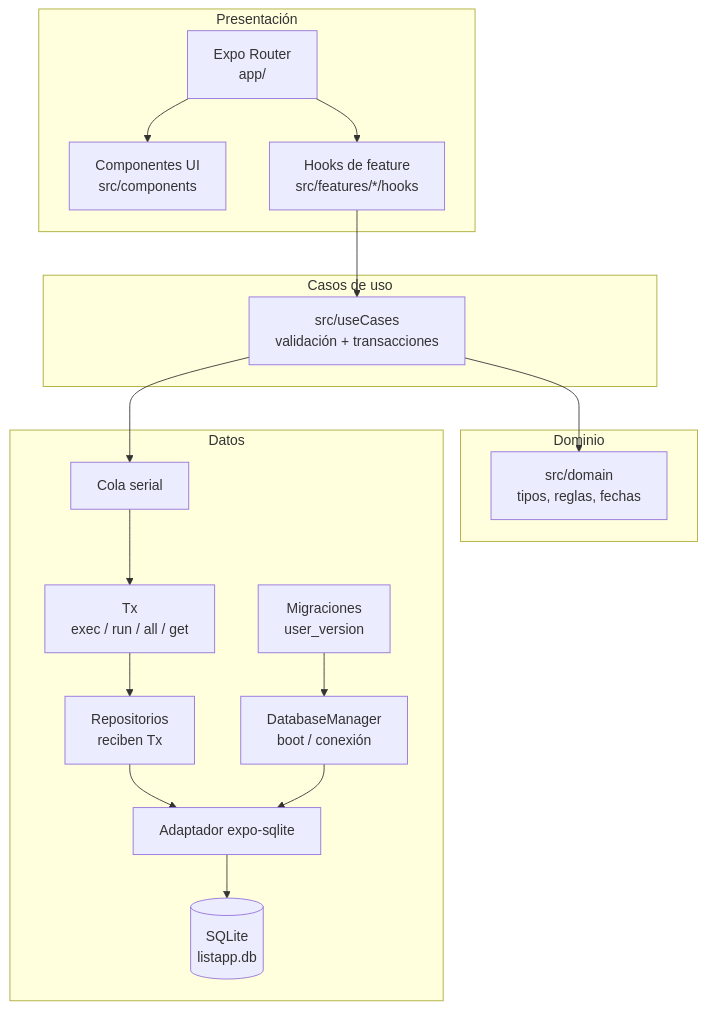
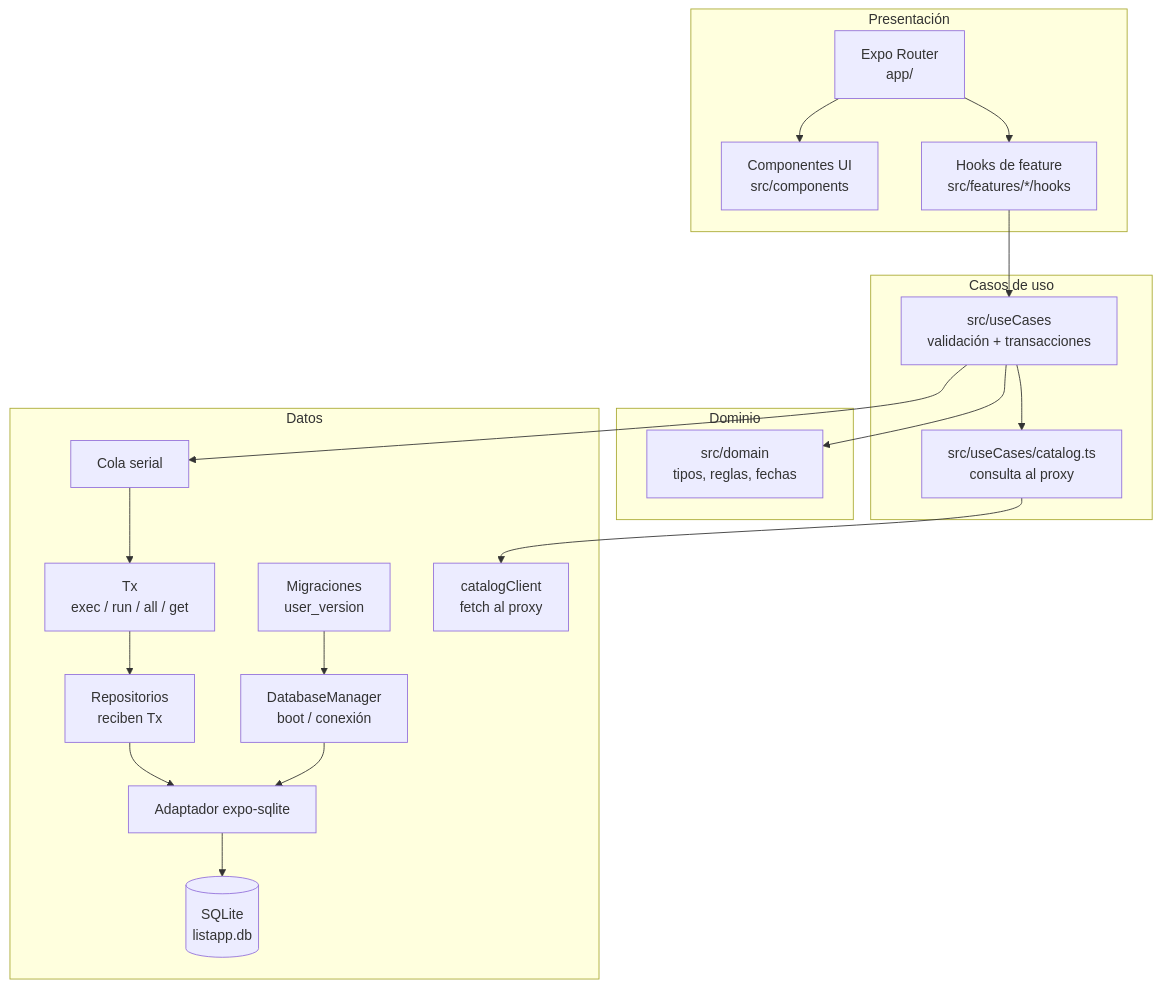
One commit to JuanReyesVazquez23/Listapp changed the diagram in docs/02-arquitectura.md. Above: the diagram before and after it, drawn with Mermaid. The commit also changed other lines of this file and 55 other files, not shown here.

````diff
--- a/docs/02-arquitectura.md
+++ b/docs/02-arquitectura.md
@@ -56,34 +58,38 @@
 ```mermaid
 flowchart TD
   subgraph P["Presentación"]
     R["Expo Router<br/>app/"]
     C["Componentes UI<br/>src/components"]
     H["Hooks de feature<br/>src/features/*/hooks"]
   end
   subgraph U["Casos de uso"]
     UC["src/useCases<br/>validación + transacciones"]
+    CAT["src/useCases/catalog.ts<br/>consulta al proxy"]
   end
   subgraph D["Dominio"]
     DM["src/domain<br/>tipos, reglas, fechas"]
   end
   subgraph DA["Datos"]
     DMG["DatabaseManager<br/>boot / conexión"]
     Q["Cola serial"]
     TX["Tx<br/>exec / run / all / get"]
     REP["Repositorios<br/>reciben Tx"]
     ADP["Adaptador expo-sqlite"]
     MIG["Migraciones<br/>user_version"]
     DB[("SQLite<br/>listapp.db")]
+    NET["catalogClient<br/>fetch al proxy"]
   end
   R --> C
   R --> H
   H --> UC
   UC --> DM
   UC --> Q
+  UC --> CAT
+  CAT --> NET
   Q --> TX
   TX --> REP
   REP --> ADP
   DMG --> ADP
   MIG --> DMG
   ADP --> DB
 ```
````
